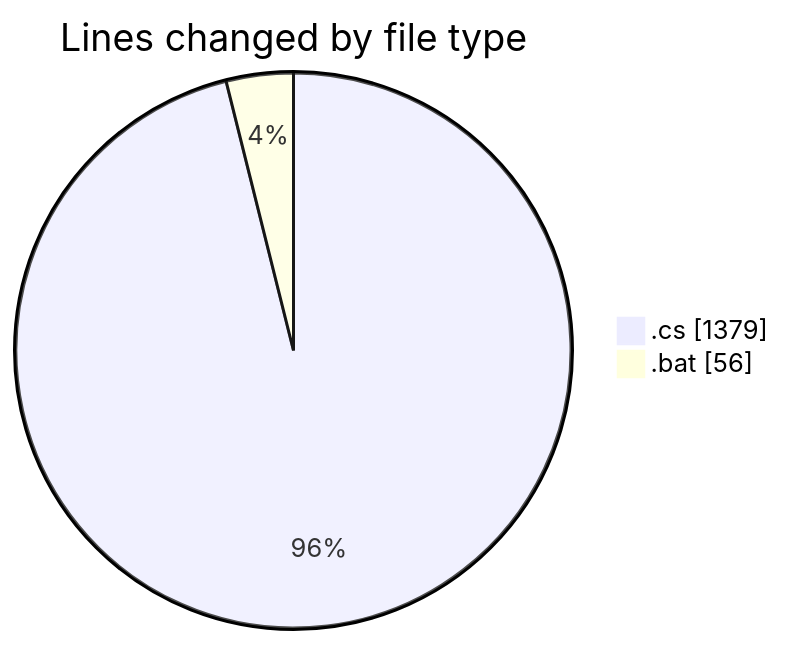
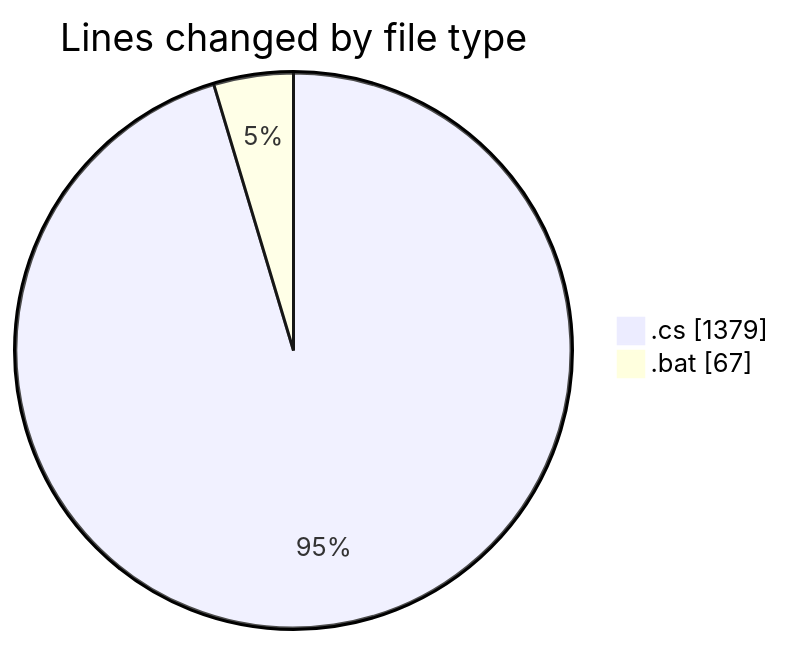
Before and after one commit to lephambinh05/code-tracking: the first of 2 diagrams in 2025-07-20/reggarena/README.md, drawn with Mermaid. The commit also changed other lines of this file and 2 other files, not shown here.

````diff
--- a/2025-07-20/reggarena/README.md
+++ b/2025-07-20/reggarena/README.md
@@ -23,6 +23,6 @@
 ```mermaid
 pie showData
 title Lines changed by file type
 ".cs" : 1379
-".bat" : 56
+".bat" : 67
 ```
````
